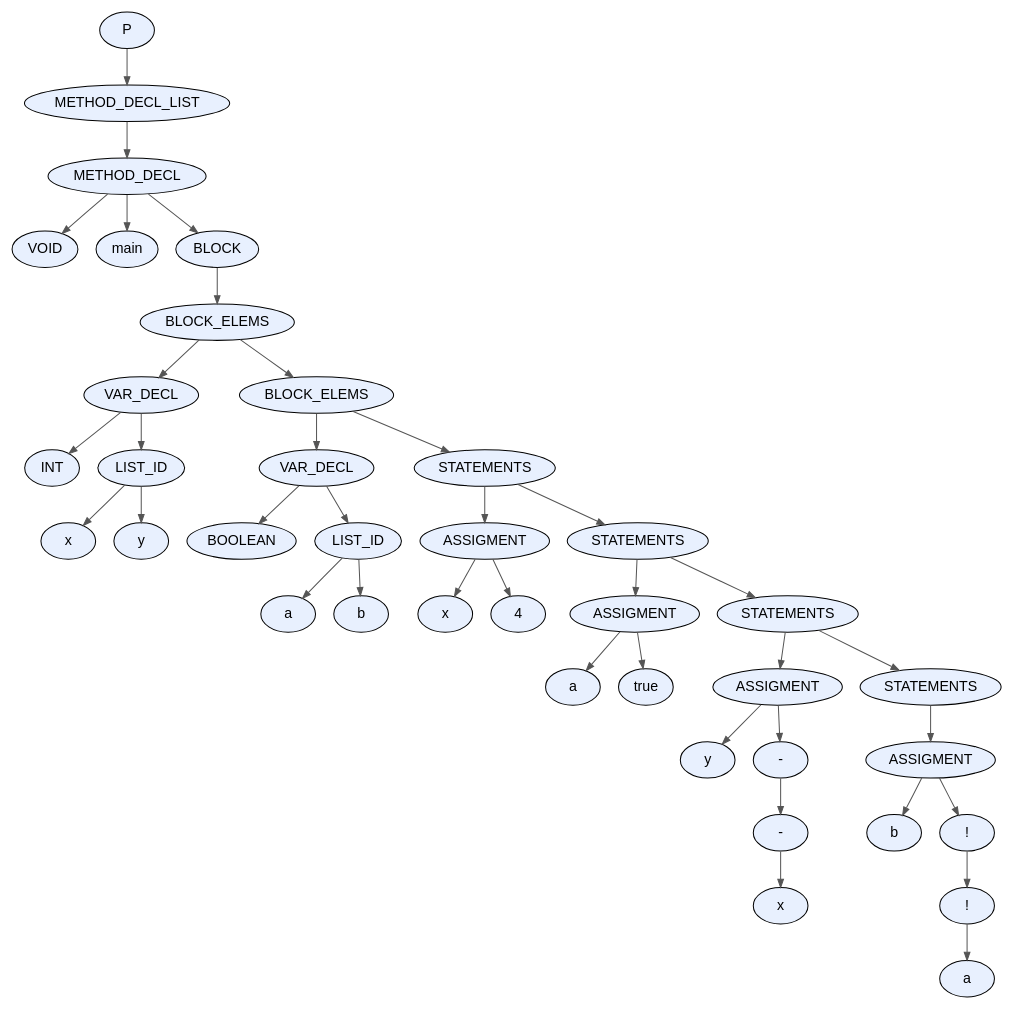
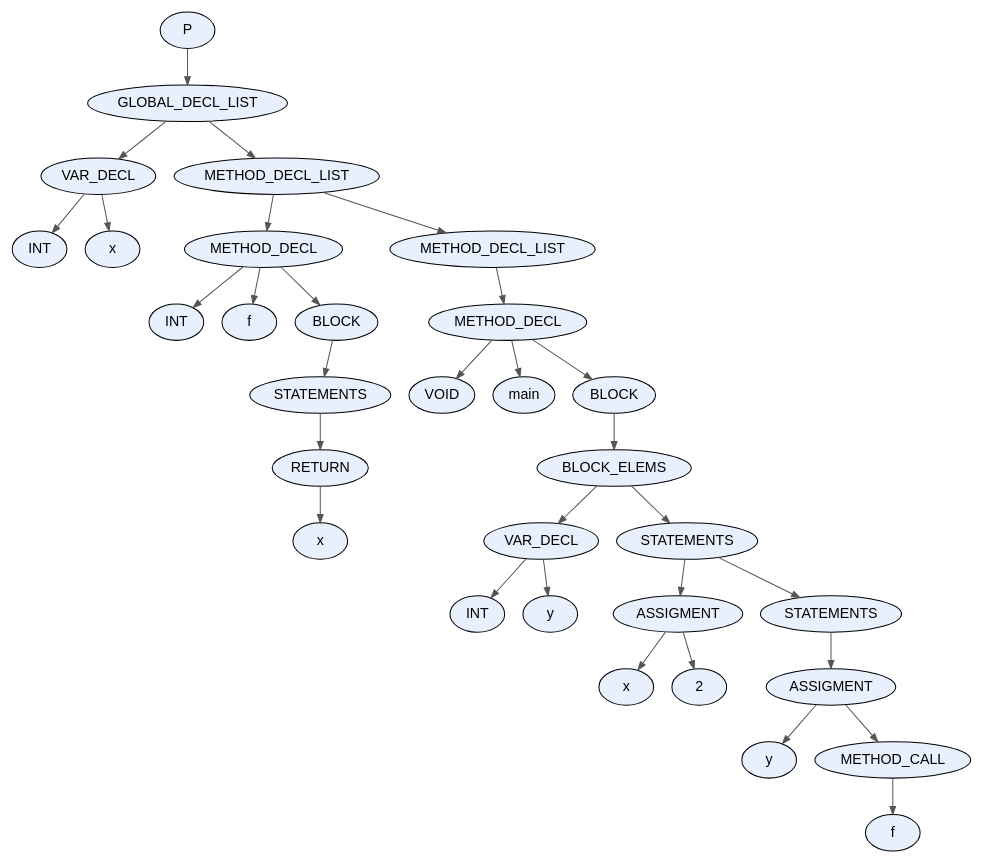
Before and after one commit to facundo-dario-loser/TDS2026: the diagram in proyecto/dot_files/test22.dot, drawn with Graphviz. The commit also changed 28 other files, not shown here.

```diff
--- a/proyecto/dot_files/test22.dot
+++ b/proyecto/dot_files/test22.dot
@@ -1,79 +1,65 @@
 digraph AST {
   node [fontname="Arial"];
   edge [arrowsize=0.8, color="#555555"];
-  "node_0x5be5fe582770" [label="P", style=filled, fillcolor="#E8F0FE", shape=ellipse, style="rounded,filled"];
-  "node_0x5be5fe582770" -> "node_0x5be5fe582720";
-  "node_0x5be5fe582720" [label="METHOD_DECL_LIST", style=filled, fillcolor="#E8F0FE", shape=ellipse, style="rounded,filled"];
-  "node_0x5be5fe582720" -> "node_0x5be5fe5826d0";
-  "node_0x5be5fe5826d0" [label="METHOD_DECL", style=filled, fillcolor="#E8F0FE", shape=ellipse, style="rounded,filled"];
-  "node_0x5be5fe5826d0" -> "node_0x5be5fe582610";
-  "node_0x5be5fe582610" [label="VOID", style=filled, fillcolor="#E8F0FE", shape=ellipse, style="rounded,filled"];
-  "node_0x5be5fe5826d0" -> "node_0x5be5fe582660";
-  "node_0x5be5fe582660" [label="main", style=filled, fillcolor="#E8F0FE", shape=ellipse, style="rounded,filled"];
-  "node_0x5be5fe5826d0" -> "node_0x5be5fe5825c0";
-  "node_0x5be5fe5825c0" [label="BLOCK", style=filled, fillcolor="#E8F0FE", shape=ellipse, style="rounded,filled"];
-  "node_0x5be5fe5825c0" -> "node_0x5be5fe582570";
-  "node_0x5be5fe582570" [label="BLOCK_ELEMS", style=filled, fillcolor="#E8F0FE", shape=ellipse, style="rounded,filled"];
-  "node_0x5be5fe582570" -> "node_0x5be5fe581b00";
-  "node_0x5be5fe581b00" [label="VAR_DECL", style=filled, fillcolor="#E8F0FE", shape=ellipse, style="rounded,filled"];
-  "node_0x5be5fe581b00" -> "node_0x5be5fe581940";
-  "node_0x5be5fe581940" [label="INT", style=filled, fillcolor="#E8F0FE", shape=ellipse, style="rounded,filled"];
-  "node_0x5be5fe581b00" -> "node_0x5be5fe581ab0";
-  "node_0x5be5fe581ab0" [label="LIST_ID", style=filled, fillcolor="#E8F0FE", shape=ellipse, style="rounded,filled"];
-  "node_0x5be5fe581ab0" -> "node_0x5be5fe581a40";
-  "node_0x5be5fe581a40" [label="x", style=filled, fillcolor="#E8F0FE", shape=ellipse, style="rounded,filled"];
-  "node_0x5be5fe581ab0" -> "node_0x5be5fe5819d0";
-  "node_0x5be5fe5819d0" [label="y", style=filled, fillcolor="#E8F0FE", shape=ellipse, style="rounded,filled"];
-  "node_0x5be5fe582570" -> "node_0x5be5fe582520";
-  "node_0x5be5fe582520" [label="BLOCK_ELEMS", style=filled, fillcolor="#E8F0FE", shape=ellipse, style="rounded,filled"];
-  "node_0x5be5fe582520" -> "node_0x5be5fe581d10";
-  "node_0x5be5fe581d10" [label="VAR_DECL", style=filled, fillcolor="#E8F0FE", shape=ellipse, style="rounded,filled"];
-  "node_0x5be5fe581d10" -> "node_0x5be5fe581b50";
-  "node_0x5be5fe581b50" [label="BOOLEAN", style=filled, fillcolor="#E8F0FE", shape=ellipse, style="rounded,filled"];
-  "node_0x5be5fe581d10" -> "node_0x5be5fe581cc0";
-  "node_0x5be5fe581cc0" [label="LIST_ID", style=filled, fillcolor="#E8F0FE", shape=ellipse, style="rounded,filled"];
-  "node_0x5be5fe581cc0" -> "node_0x5be5fe581c50";
-  "node_0x5be5fe581c50" [label="a", style=filled, fillcolor="#E8F0FE", shape=ellipse, style="rounded,filled"];
-  "node_0x5be5fe581cc0" -> "node_0x5be5fe581be0";
-  "node_0x5be5fe581be0" [label="b", style=filled, fillcolor="#E8F0FE", shape=ellipse, style="rounded,filled"];
-  "node_0x5be5fe582520" -> "node_0x5be5fe5824d0";
-  "node_0x5be5fe5824d0" [label="STATEMENTS", style=filled, fillcolor="#E8F0FE", shape=ellipse, style="rounded,filled"];
-  "node_0x5be5fe5824d0" -> "node_0x5be5fe581e40";
-  "node_0x5be5fe581e40" [label="ASSIGMENT", style=filled, fillcolor="#E8F0FE", shape=ellipse, style="rounded,filled"];
-  "node_0x5be5fe581e40" -> "node_0x5be5fe581dd0";
-  "node_0x5be5fe581dd0" [label="x", style=filled, fillcolor="#E8F0FE", shape=ellipse, style="rounded,filled"];
-  "node_0x5be5fe581e40" -> "node_0x5be5fe581d80";
-  "node_0x5be5fe581d80" [label="4", style=filled, fillcolor="#E8F0FE", shape=ellipse, style="rounded,filled"];
-  "node_0x5be5fe5824d0" -> "node_0x5be5fe582480";
-  "node_0x5be5fe582480" [label="STATEMENTS", style=filled, fillcolor="#E8F0FE", shape=ellipse, style="rounded,filled"];
-  "node_0x5be5fe582480" -> "node_0x5be5fe581f70";
-  "node_0x5be5fe581f70" [label="ASSIGMENT", style=filled, fillcolor="#E8F0FE", shape=ellipse, style="rounded,filled"];
-  "node_0x5be5fe581f70" -> "node_0x5be5fe581f00";
-  "node_0x5be5fe581f00" [label="a", style=filled, fillcolor="#E8F0FE", shape=ellipse, style="rounded,filled"];
-  "node_0x5be5fe581f70" -> "node_0x5be5fe581eb0";
-  "node_0x5be5fe581eb0" [label="true", style=filled, fillcolor="#E8F0FE", shape=ellipse, style="rounded,filled"];
-  "node_0x5be5fe582480" -> "node_0x5be5fe582430";
-  "node_0x5be5fe582430" [label="STATEMENTS", style=filled, fillcolor="#E8F0FE", shape=ellipse, style="rounded,filled"];
-  "node_0x5be5fe582430" -> "node_0x5be5fe582180";
-  "node_0x5be5fe582180" [label="ASSIGMENT", style=filled, fillcolor="#E8F0FE", shape=ellipse, style="rounded,filled"];
-  "node_0x5be5fe582180" -> "node_0x5be5fe582110";
-  "node_0x5be5fe582110" [label="y", style=filled, fillcolor="#E8F0FE", shape=ellipse, style="rounded,filled"];
-  "node_0x5be5fe582180" -> "node_0x5be5fe5820c0";
-  "node_0x5be5fe5820c0" [label="-", style=filled, fillcolor="#E8F0FE", shape=ellipse, style="rounded,filled"];
-  "node_0x5be5fe5820c0" -> "node_0x5be5fe582070";
-  "node_0x5be5fe582070" [label="-", style=filled, fillcolor="#E8F0FE", shape=ellipse, style="rounded,filled"];
-  "node_0x5be5fe582070" -> "node_0x5be5fe582000";
-  "node_0x5be5fe582000" [label="x", style=filled, fillcolor="#E8F0FE", shape=ellipse, style="rounded,filled"];
-  "node_0x5be5fe582430" -> "node_0x5be5fe5823e0";
-  "node_0x5be5fe5823e0" [label="STATEMENTS", style=filled, fillcolor="#E8F0FE", shape=ellipse, style="rounded,filled"];
-  "node_0x5be5fe5823e0" -> "node_0x5be5fe582390";
-  "node_0x5be5fe582390" [label="ASSIGMENT", style=filled, fillcolor="#E8F0FE", shape=ellipse, style="rounded,filled"];
-  "node_0x5be5fe582390" -> "node_0x5be5fe582320";
-  "node_0x5be5fe582320" [label="b", style=filled, fillcolor="#E8F0FE", shape=ellipse, style="rounded,filled"];
-  "node_0x5be5fe582390" -> "node_0x5be5fe5822d0";
-  "node_0x5be5fe5822d0" [label="!", style=filled, fillcolor="#E8F0FE", shape=ellipse, style="rounded,filled"];
-  "node_0x5be5fe5822d0" -> "node_0x5be5fe582280";
-  "node_0x5be5fe582280" [label="!", style=filled, fillcolor="#E8F0FE", shape=ellipse, style="rounded,filled"];
-  "node_0x5be5fe582280" -> "node_0x5be5fe582210";
-  "node_0x5be5fe582210" [label="a", style=filled, fillcolor="#E8F0FE", shape=ellipse, style="rounded,filled"];
+  "node_0x5d18b1d92480" [label="P", style=filled, fillcolor="#E8F0FE", shape=ellipse, style="rounded,filled"];
+  "node_0x5d18b1d92480" -> "node_0x5d18b1d92430";
+  "node_0x5d18b1d92430" [label="GLOBAL_DECL_LIST", style=filled, fillcolor="#E8F0FE", shape=ellipse, style="rounded,filled"];
+  "node_0x5d18b1d92430" -> "node_0x5d18b1d91a00";
+  "node_0x5d18b1d91a00" [label="VAR_DECL", style=filled, fillcolor="#E8F0FE", shape=ellipse, style="rounded,filled"];
+  "node_0x5d18b1d91a00" -> "node_0x5d18b1d91920";
+  "node_0x5d18b1d91920" [label="INT", style=filled, fillcolor="#E8F0FE", shape=ellipse, style="rounded,filled"];
+  "node_0x5d18b1d91a00" -> "node_0x5d18b1d91990";
+  "node_0x5d18b1d91990" [label="x", style=filled, fillcolor="#E8F0FE", shape=ellipse, style="rounded,filled"];
+  "node_0x5d18b1d92430" -> "node_0x5d18b1d923e0";
+  "node_0x5d18b1d923e0" [label="METHOD_DECL_LIST", style=filled, fillcolor="#E8F0FE", shape=ellipse, style="rounded,filled"];
+  "node_0x5d18b1d923e0" -> "node_0x5d18b1d91cb0";
+  "node_0x5d18b1d91cb0" [label="METHOD_DECL", style=filled, fillcolor="#E8F0FE", shape=ellipse, style="rounded,filled"];
+  "node_0x5d18b1d91cb0" -> "node_0x5d18b1d91a50";
+  "node_0x5d18b1d91a50" [label="INT", style=filled, fillcolor="#E8F0FE", shape=ellipse, style="rounded,filled"];
+  "node_0x5d18b1d91cb0" -> "node_0x5d18b1d91c40";
+  "node_0x5d18b1d91c40" [label="f", style=filled, fillcolor="#E8F0FE", shape=ellipse, style="rounded,filled"];
+  "node_0x5d18b1d91cb0" -> "node_0x5d18b1d91bf0";
+  "node_0x5d18b1d91bf0" [label="BLOCK", style=filled, fillcolor="#E8F0FE", shape=ellipse, style="rounded,filled"];
+  "node_0x5d18b1d91bf0" -> "node_0x5d18b1d91ba0";
+  "node_0x5d18b1d91ba0" [label="STATEMENTS", style=filled, fillcolor="#E8F0FE", shape=ellipse, style="rounded,filled"];
+  "node_0x5d18b1d91ba0" -> "node_0x5d18b1d91b50";
+  "node_0x5d18b1d91b50" [label="RETURN", style=filled, fillcolor="#E8F0FE", shape=ellipse, style="rounded,filled"];
+  "node_0x5d18b1d91b50" -> "node_0x5d18b1d91ae0";
+  "node_0x5d18b1d91ae0" [label="x", style=filled, fillcolor="#E8F0FE", shape=ellipse, style="rounded,filled"];
+  "node_0x5d18b1d923e0" -> "node_0x5d18b1d92390";
+  "node_0x5d18b1d92390" [label="METHOD_DECL_LIST", style=filled, fillcolor="#E8F0FE", shape=ellipse, style="rounded,filled"];
+  "node_0x5d18b1d92390" -> "node_0x5d18b1d92340";
+  "node_0x5d18b1d92340" [label="METHOD_DECL", style=filled, fillcolor="#E8F0FE", shape=ellipse, style="rounded,filled"];
+  "node_0x5d18b1d92340" -> "node_0x5d18b1d92280";
+  "node_0x5d18b1d92280" [label="VOID", style=filled, fillcolor="#E8F0FE", shape=ellipse, style="rounded,filled"];
+  "node_0x5d18b1d92340" -> "node_0x5d18b1d922d0";
+  "node_0x5d18b1d922d0" [label="main", style=filled, fillcolor="#E8F0FE", shape=ellipse, style="rounded,filled"];
+  "node_0x5d18b1d92340" -> "node_0x5d18b1d92230";
+  "node_0x5d18b1d92230" [label="BLOCK", style=filled, fillcolor="#E8F0FE", shape=ellipse, style="rounded,filled"];
+  "node_0x5d18b1d92230" -> "node_0x5d18b1d921e0";
+  "node_0x5d18b1d921e0" [label="BLOCK_ELEMS", style=filled, fillcolor="#E8F0FE", shape=ellipse, style="rounded,filled"];
+  "node_0x5d18b1d921e0" -> "node_0x5d18b1d91e00";
+  "node_0x5d18b1d91e00" [label="VAR_DECL", style=filled, fillcolor="#E8F0FE", shape=ellipse, style="rounded,filled"];
+  "node_0x5d18b1d91e00" -> "node_0x5d18b1d91d20";
+  "node_0x5d18b1d91d20" [label="INT", style=filled, fillcolor="#E8F0FE", shape=ellipse, style="rounded,filled"];
+  "node_0x5d18b1d91e00" -> "node_0x5d18b1d91d90";
+  "node_0x5d18b1d91d90" [label="y", style=filled, fillcolor="#E8F0FE", shape=ellipse, style="rounded,filled"];
+  "node_0x5d18b1d921e0" -> "node_0x5d18b1d92190";
+  "node_0x5d18b1d92190" [label="STATEMENTS", style=filled, fillcolor="#E8F0FE", shape=ellipse, style="rounded,filled"];
+  "node_0x5d18b1d92190" -> "node_0x5d18b1d91f30";
+  "node_0x5d18b1d91f30" [label="ASSIGMENT", style=filled, fillcolor="#E8F0FE", shape=ellipse, style="rounded,filled"];
+  "node_0x5d18b1d91f30" -> "node_0x5d18b1d91ec0";
+  "node_0x5d18b1d91ec0" [label="x", style=filled, fillcolor="#E8F0FE", shape=ellipse, style="rounded,filled"];
+  "node_0x5d18b1d91f30" -> "node_0x5d18b1d91e70";
+  "node_0x5d18b1d91e70" [label="2", style=filled, fillcolor="#E8F0FE", shape=ellipse, style="rounded,filled"];
+  "node_0x5d18b1d92190" -> "node_0x5d18b1d92140";
+  "node_0x5d18b1d92140" [label="STATEMENTS", style=filled, fillcolor="#E8F0FE", shape=ellipse, style="rounded,filled"];
+  "node_0x5d18b1d92140" -> "node_0x5d18b1d920f0";
+  "node_0x5d18b1d920f0" [label="ASSIGMENT", style=filled, fillcolor="#E8F0FE", shape=ellipse, style="rounded,filled"];
+  "node_0x5d18b1d920f0" -> "node_0x5d18b1d92080";
+  "node_0x5d18b1d92080" [label="y", style=filled, fillcolor="#E8F0FE", shape=ellipse, style="rounded,filled"];
+  "node_0x5d18b1d920f0" -> "node_0x5d18b1d92030";
+  "node_0x5d18b1d92030" [label="METHOD_CALL", style=filled, fillcolor="#E8F0FE", shape=ellipse, style="rounded,filled"];
+  "node_0x5d18b1d92030" -> "node_0x5d18b1d91fc0";
+  "node_0x5d18b1d91fc0" [label="f", style=filled, fillcolor="#E8F0FE", shape=ellipse, style="rounded,filled"];
 }
```
